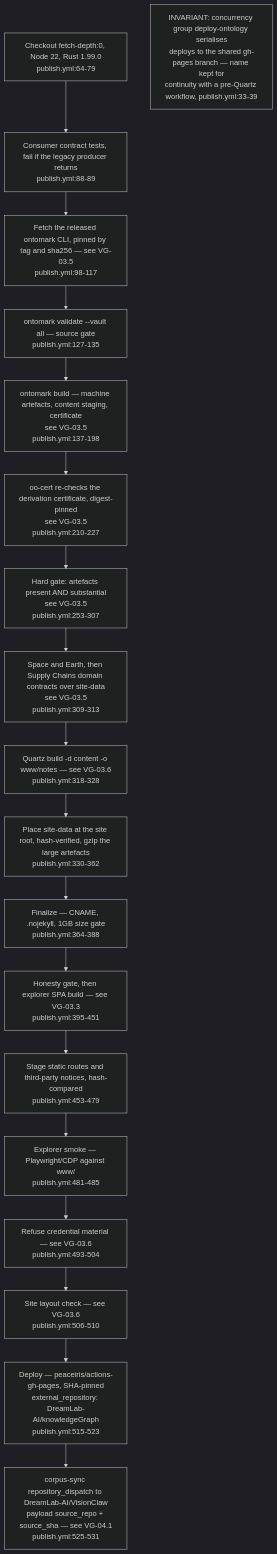
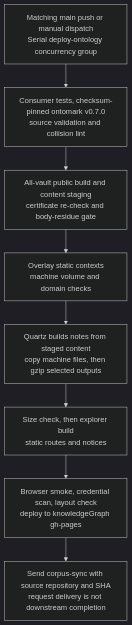
One commit to DreamLab-AI/VisionFlow changed the first of 4 diagrams in docs/diagrams/visiongraph/03-publish-pipeline-and-explorer-build.md. Above: the diagram before and after it, drawn with Mermaid (dark theme). The commit also changed other lines of this file and 22 other files, not shown here.

Commit message:
docs: audit visionGraph publication and consumer generation identity

````diff
--- a/docs/diagrams/visiongraph/03-publish-pipeline-and-explorer-build.md
+++ b/docs/diagrams/visiongraph/03-publish-pipeline-and-explorer-build.md
@@ -20,23 +29,24 @@
 ```mermaid
-flowchart TD
-    CO["Checkout fetch-depth:0, Node 22, Rust 1.99.0<br/>publish.yml:64-79"]
-    CONTRACT["Consumer contract tests, fail if the legacy producer returns<br/>publish.yml:88-89"]
-    BIN["Fetch the released ontomark CLI, pinned by tag and sha256 — see VG-03.5<br/>publish.yml:98-117"]
-    VALIDATE["ontomark validate --vault all — source gate<br/>publish.yml:127-135"]
-    BUILD["ontomark build — machine artefacts, content staging, certificate<br/>see VG-03.5<br/>publish.yml:137-198"]
-    CERT["oo-cert re-checks the derivation certificate, digest-pinned<br/>see VG-03.5<br/>publish.yml:210-227"]
-    GATE["Hard gate: artefacts present AND substantial<br/>see VG-03.5<br/>publish.yml:253-307"]
-    DOMAINS["Space and Earth, then Supply Chains domain contracts over site-data<br/>see VG-03.5<br/>publish.yml:309-313"]
-    QUARTZ["Quartz build -d content -o www/notes — see VG-03.6<br/>publish.yml:318-328"]
-    PLACE["Place site-data at the site root, hash-verified, gzip the large artefacts<br/>publish.yml:330-362"]
-    FIN["Finalize — CNAME, .nojekyll, 1GB size gate<br/>publish.yml:364-388"]
-    SPA["Honesty gate, then explorer SPA build — see VG-03.3<br/>publish.yml:395-451"]
-    ROUTES["Stage static routes and third-party notices, hash-compared<br/>publish.yml:453-479"]
-    SMOKE["Explorer smoke — Playwright/CDP against www/<br/>publish.yml:481-485"]
-    SEC["Refuse credential material — see VG-03.6<br/>publish.yml:493-504"]
-    URLCHK["Site layout check — see VG-03.6<br/>publish.yml:506-510"]
-    DEPLOY["Deploy — peaceiris/actions-gh-pages, SHA-pinned<br/>external_repository: DreamLab-AI/knowledgeGraph<br/>publish.yml:515-523"]
-    DISPATCH["corpus-sync repository_dispatch to DreamLab-AI/VisionClaw<br/>payload source_repo + source_sha — see VG-04.1<br/>publish.yml:525-531"]
-    CO --> CONTRACT --> BIN --> VALIDATE --> BUILD --> CERT --> GATE --> DOMAINS --> QUARTZ --> PLACE --> FIN --> SPA --> ROUTES --> SMOKE --> SEC --> URLCHK --> DEPLOY --> DISPATCH
-    note1["INVARIANT: concurrency group deploy-ontology serialises<br/>deploys to the shared gh-pages branch — name kept for<br/>continuity with a pre-Quartz workflow, publish.yml:33-39"]
+flowchart TB
+    START["Matching main push or manual dispatch<br/>Serial deploy-ontology concurrency group"]
+    CLI["Consumer tests, checksum-pinned ontomark v0.7.0<br/>source validation and collision lint"]
+    BUILD["All-vault public build and content staging<br/>certificate re-check and body-residue gate"]
+    DATA["Overlay static contexts<br/>machine volume and domain checks"]
+    NOTES["Quartz builds notes from staged content<br/>copy machine files, then gzip selected outputs"]
+    SPA["Size check, then explorer build<br/>static routes and notices"]
+    FINAL["Browser smoke, credential scan, layout check<br/>deploy to knowledgeGraph gh-pages"]
+    EVENT["Send corpus-sync with source repository and SHA<br/>request delivery is not downstream completion"]
+    START --> CLI --> BUILD --> DATA --> NOTES --> SPA --> FINAL --> EVENT
+    %% Source: .github/workflows/publish.yml:20
+    %% Source: .github/workflows/publish.yml:37
+    %% Source: .github/workflows/publish.yml:48
+    %% Source: .github/workflows/publish.yml:88
+    %% Source: .github/workflows/publish.yml:144
+    %% Source: .github/workflows/publish.yml:175
+    %% Source: .github/workflows/publish.yml:217
+    %% Source: .github/workflows/publish.yml:248
+    %% Source: .github/workflows/publish.yml:261
+    %% Source: .github/workflows/publish.yml:331
+    %% Source: .github/workflows/publish.yml:375
+    %% Source: .github/workflows/publish.yml:536
 ```
````
